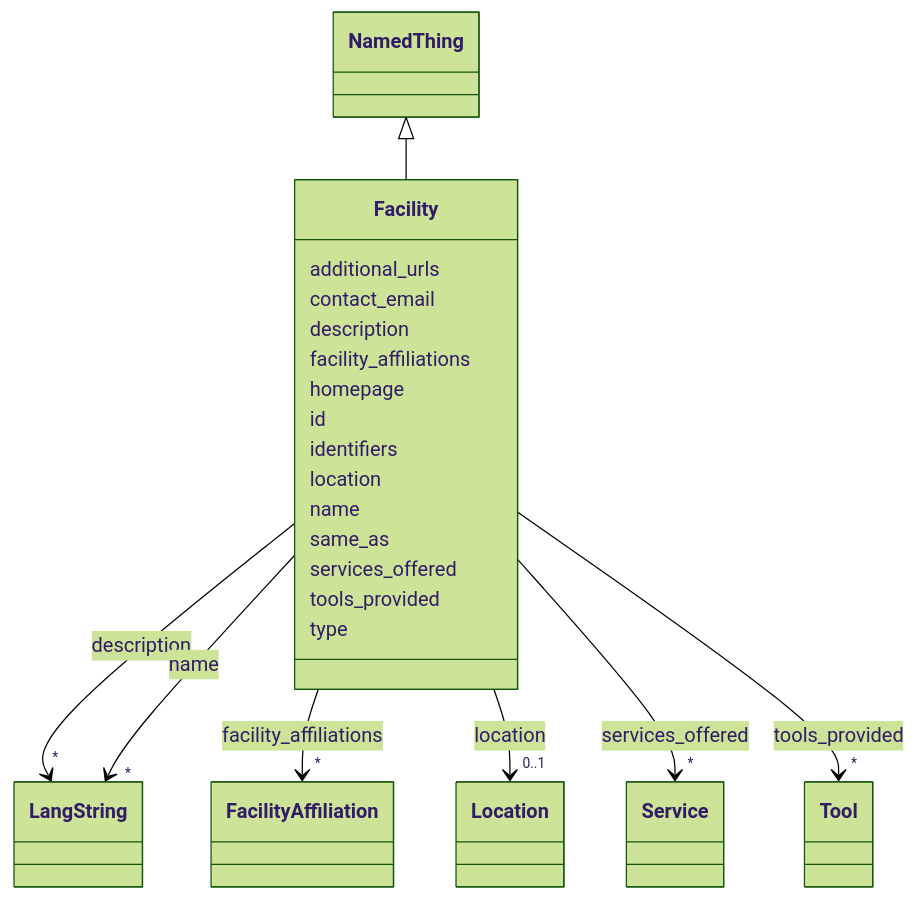
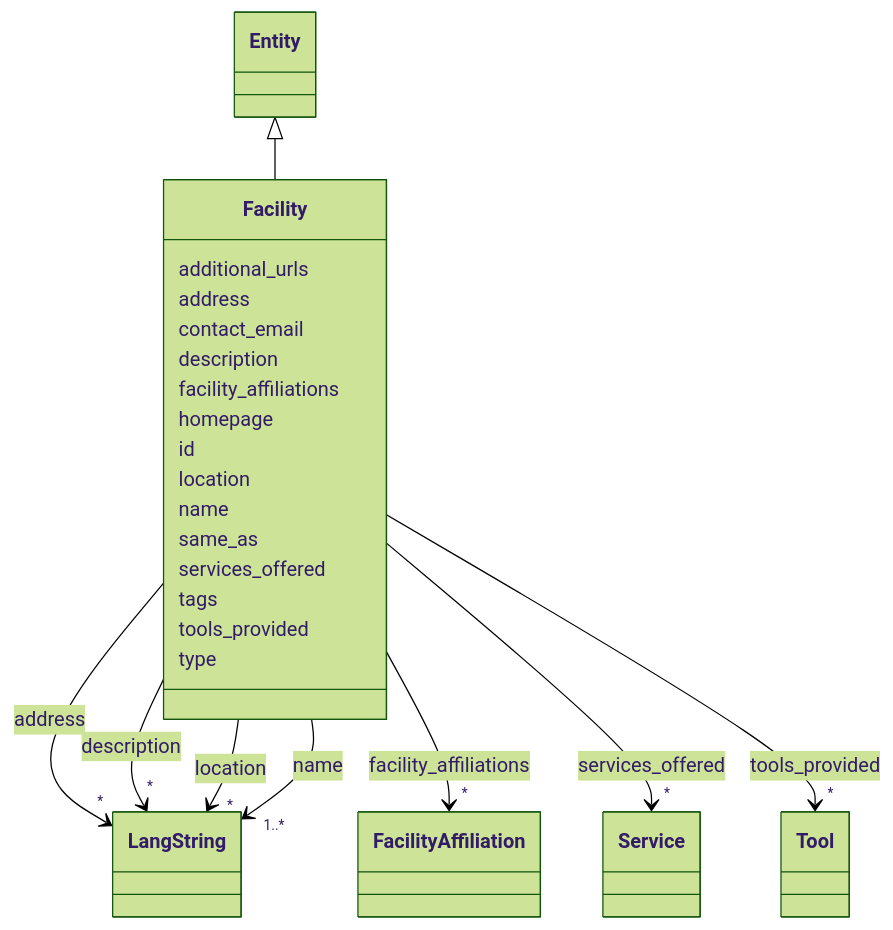
The diagram in docs/classes/Facility.md (DARIAH-IL/idhi-manifests), drawn with Mermaid (forest theme) before and after one commit. The commit also changed other lines of this file and 99 other files, not shown here.

```diff
--- a/docs/classes/Facility.md
+++ b/docs/classes/Facility.md
@@ -24,10 +24,21 @@
  classDiagram
     class Facility
     click Facility href "../../classes/Facility/"
-      NamedThing <|-- Facility
-        click NamedThing href "../../classes/NamedThing/"
+      Entity <|-- Facility
+        click Entity href "../../classes/Entity/"
       
       Facility : additional_urls
+        
+      Facility : address
+        
+          
+    
+        
+        
+        Facility --> "*" LangString : address
+        click LangString href "../../classes/LangString/"
+    
+
         
       Facility : contact_email
         
@@ -57,16 +68,14 @@
         
       Facility : id
         
-      Facility : identifiers
-        
       Facility : location
         
           
     
         
         
-        Facility --> "0..1" Location : location
-        click Location href "../../classes/Location/"
+        Facility --> "*" LangString : location
+        click LangString href "../../classes/LangString/"
     
 
         
@@ -76,7 +85,7 @@
     
         
         
-        Facility --> "*" LangString : name
+        Facility --> "1..*" LangString : name
         click LangString href "../../classes/LangString/"
     
 
@@ -94,6 +103,8 @@
     
 
         
+      Facility : tags
+        
       Facility : tools_provided
         
           
```
